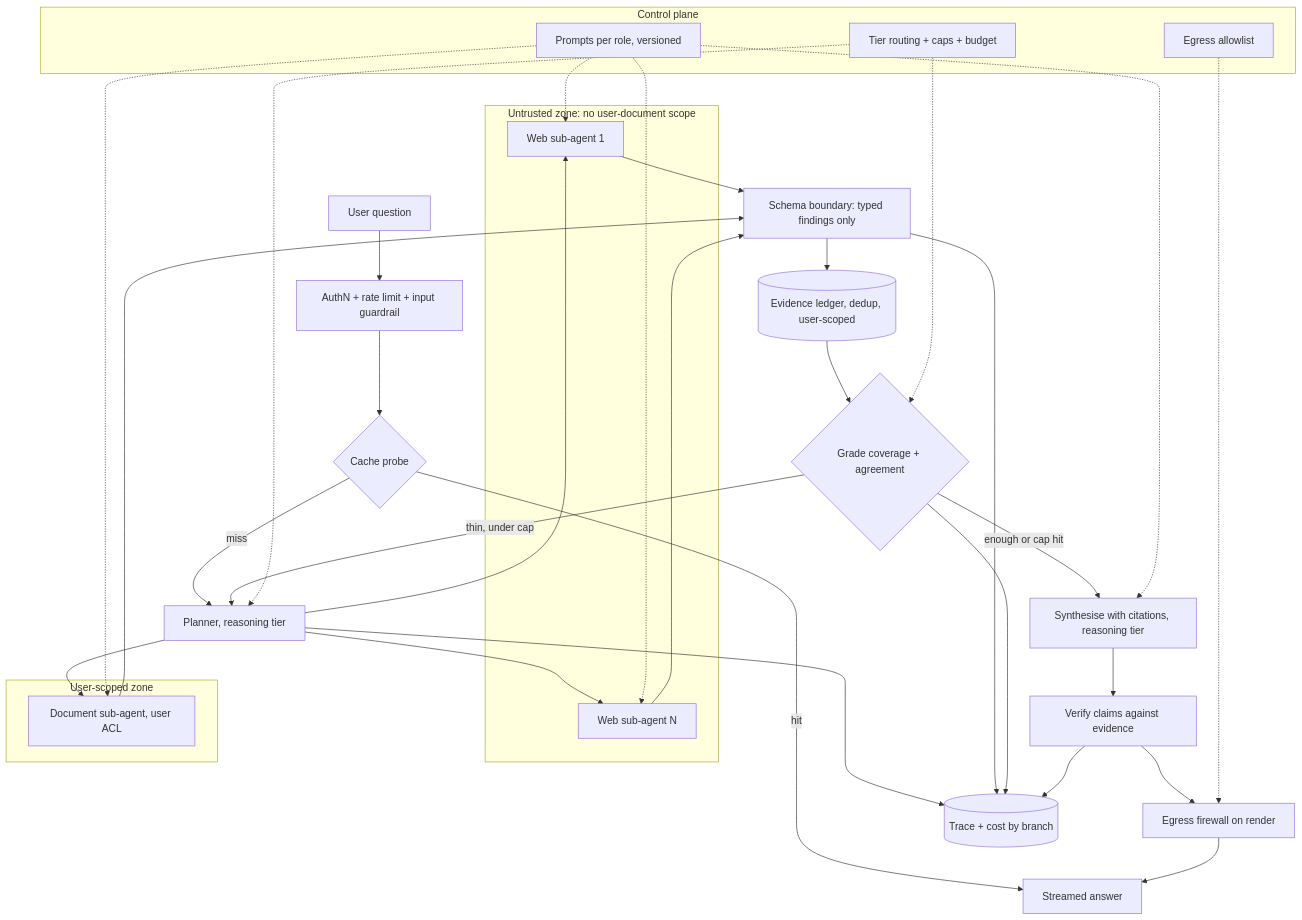
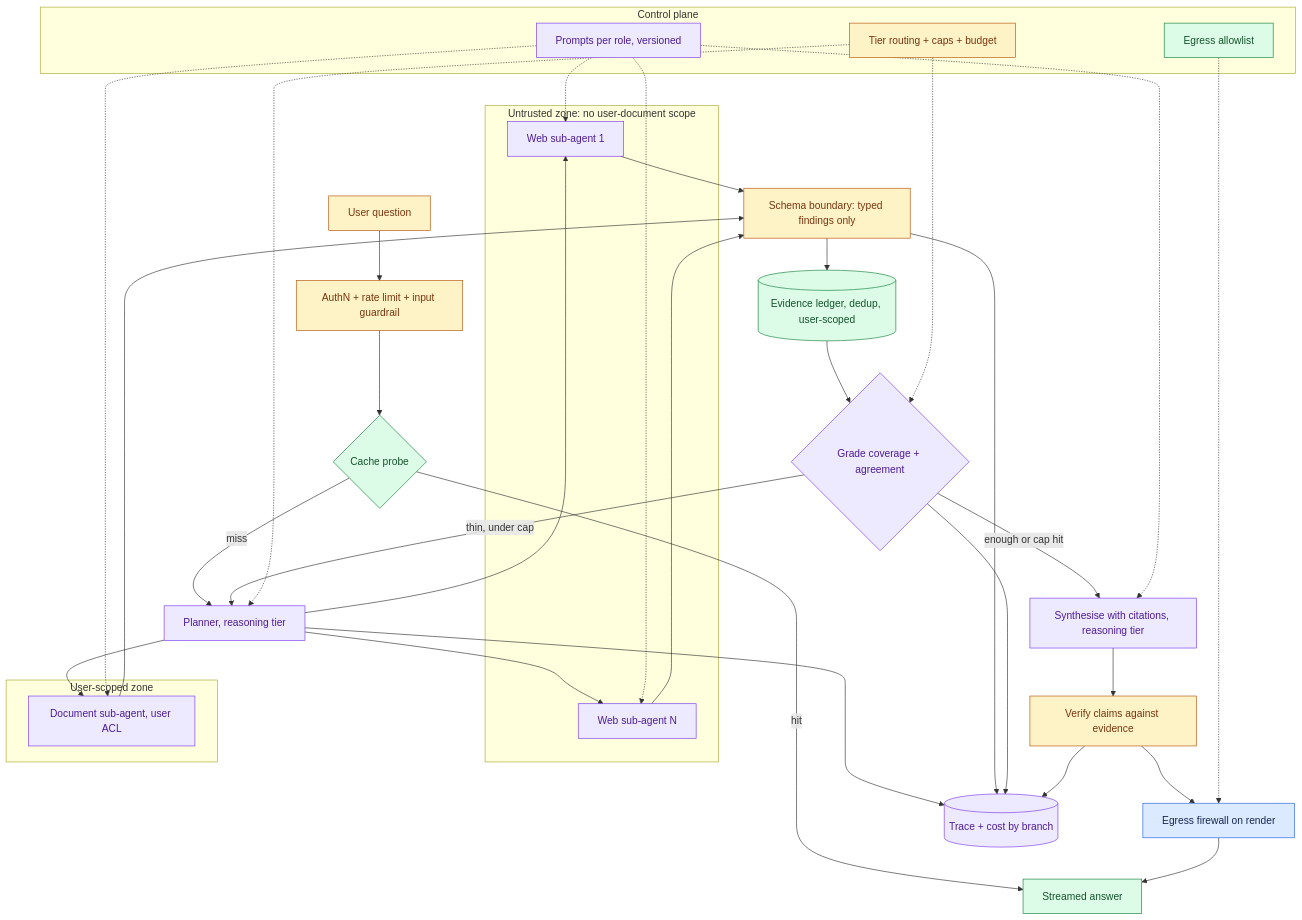
One commit to Sourav692/Forward-Deployed-Engineer-Interview-Prep changed the third of 3 diagrams in site/content/modules/15-fde-case-studies/knowledge-retrieval/deep-research-agent/full-pack.md. Above: the diagram before and after it, drawn with Mermaid. The commit also changed other lines of this file and 1268 other files, not shown here.

First line of the commit message:
content: polish Casebook writing and Mermaid diagrams (#251)

````diff
--- a/site/content/modules/15-fde-case-studies/knowledge-retrieval/deep-research-agent/full-pack.md
+++ b/site/content/modules/15-fde-case-studies/knowledge-retrieval/deep-research-agent/full-pack.md
@@ -142,36 +183,46 @@
 ```mermaid
 flowchart TD
     subgraph CP[Control plane]
         PR[Prompts per role, versioned]
         TR[Tier routing + caps + budget]
         EA[Egress allowlist]
     end
 
     U[User question] --> GW[AuthN + rate limit + input guardrail]
     GW --> C{Cache probe}
     C -- hit --> OUT[Streamed answer]
     C -- miss --> P[Planner, reasoning tier]
 
     subgraph UNT[Untrusted zone: no user-document scope]
         W1[Web sub-agent 1]
         W2[Web sub-agent N]
     end
     subgraph USR[User-scoped zone]
         D[Document sub-agent, user ACL]
     end
 
     P --> W1 & W2 & D
     W1 & W2 & D --> SB[Schema boundary: typed findings only]
     SB --> L[(Evidence ledger, dedup, user-scoped)]
     L --> G{Grade coverage + agreement}
     G -- thin, under cap --> P
     G -- enough or cap hit --> S[Synthesise with citations, reasoning tier]
     S --> V[Verify claims against evidence]
     V --> EF[Egress firewall on render]
     EF --> OUT
 
     TR -.-> P & G
     PR -.-> W1 & W2 & D & S
     EA -.-> EF
     P & SB & G & V --> T[(Trace + cost by branch)]
+
+    %% Casebook colours: entry, reasoning, results, controls, and stopped paths.
+    classDef cbReason fill:#ede9fe,stroke:#7c3aed,color:#4c1d95
+    class PR,P,W1,W2,D,G,S,T cbReason
+    classDef cbPolicy fill:#fef3c7,stroke:#b45309,color:#78350f
+    class TR,U,GW,SB,V cbPolicy
+    classDef cbAction fill:#dcfce7,stroke:#15803d,color:#14532d
+    class EA,C,OUT,L cbAction
+    classDef cbInput fill:#dbeafe,stroke:#2563eb,color:#172554
+    class EF cbInput
 ```
````
